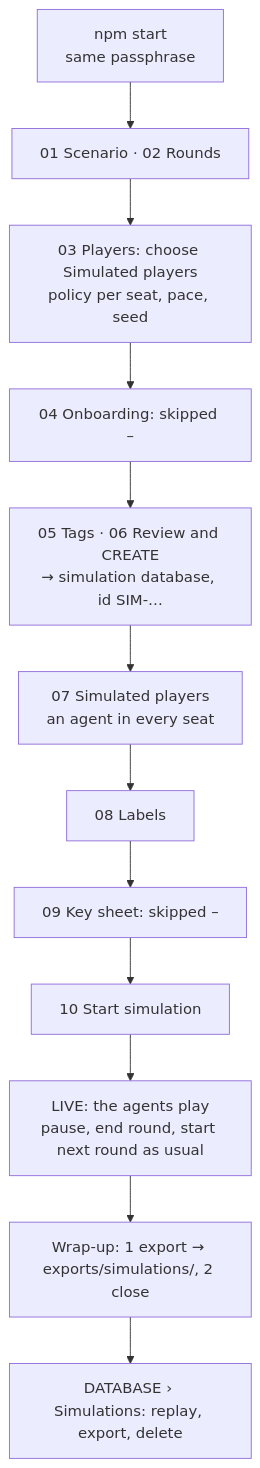
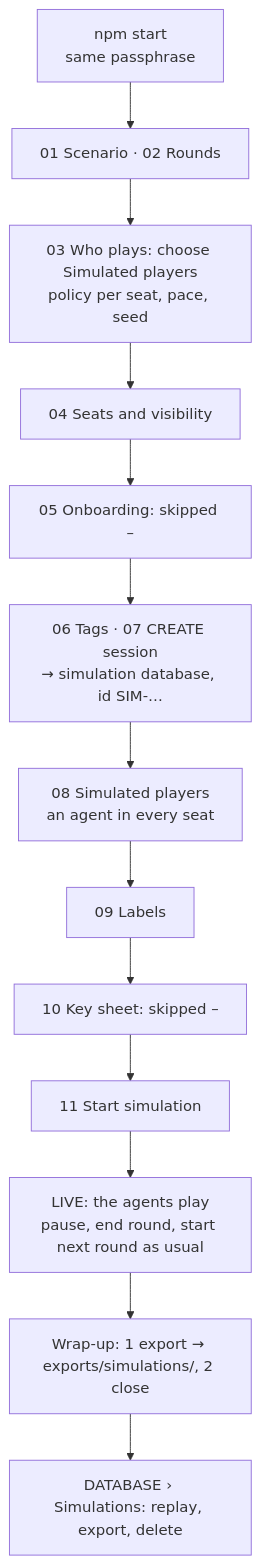
The second of 3 diagrams in docs/SESSION-RUNBOOK.md (xy-zak/WhoKnowsWhoActs), drawn with Mermaid before and after one commit. The commit also changed other lines of this file and 21 other files, not shown here.

First line of the commit message:
Docs: session startup flow (welcome page, eleven setup steps, consent sections, mic check hold until the briefing, calibration readiness); change logs

````diff
--- a/docs/SESSION-RUNBOOK.md
+++ b/docs/SESSION-RUNBOOK.md
@@ -218,10 +223,10 @@
 ```mermaid
 flowchart TD
   A["npm start<br/>same passphrase"] --> S1["01 Scenario · 02 Rounds"]
-  S1 --> S3["03 Players: choose Simulated players<br/>policy per seat, pace, seed"]
-  S3 --> S4["04 Onboarding: skipped –"] --> S5["05 Tags · 06 Review and CREATE<br/>→ simulation database, id SIM-…"]
-  S5 --> S7["07 Simulated players<br/>an agent in every seat"] --> S8["08 Labels"] --> S9["09 Key sheet: skipped –"] --> S10["10 Start simulation"]
-  S10 --> L["LIVE: the agents play<br/>pause, end round, start next round as usual"]
+  S1 --> S3["03 Who plays: choose Simulated players<br/>policy per seat, pace, seed"]
+  S3 --> S4["04 Seats and visibility"] --> S5["05 Onboarding: skipped –"] --> S6["06 Tags · 07 CREATE session<br/>→ simulation database, id SIM-…"]
+  S6 --> S8["08 Simulated players<br/>an agent in every seat"] --> S9["09 Labels"] --> S10["10 Key sheet: skipped –"] --> S11["11 Start simulation"]
+  S11 --> L["LIVE: the agents play<br/>pause, end round, start next round as usual"]
   L --> W["Wrap-up: 1 export → exports/simulations/, 2 close"]
   W --> D["DATABASE › Simulations: replay, export, delete"]
 ```
````
